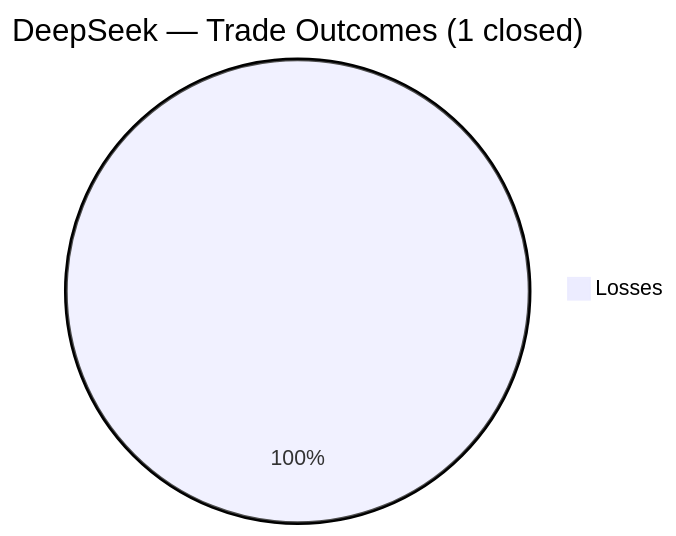
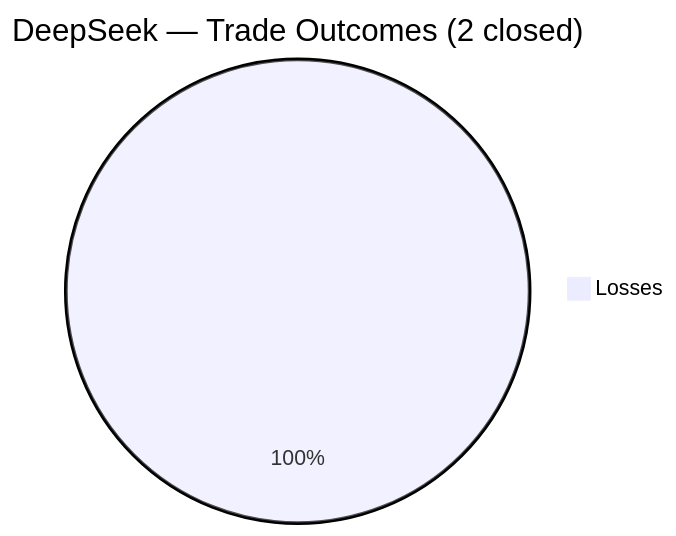
Before and after one commit to zachisit/ai-auto-buy-thesis: the fourth of 5 diagrams in README.md, drawn with Mermaid. The commit also changed other lines of this file and 4 other files, not shown here.

First line of the commit message:
Add 04-14 and 04-15 sessions; update README with DeepSeek DVN loss and WHR coiling

````diff
--- a/README.md
+++ b/README.md
@@ -53,4 +53,4 @@
 ```mermaid
-pie title DeepSeek — Trade Outcomes (1 closed)
-    "Losses" : 1
+pie title DeepSeek — Trade Outcomes (2 closed)
+    "Losses" : 2
 ```
````
